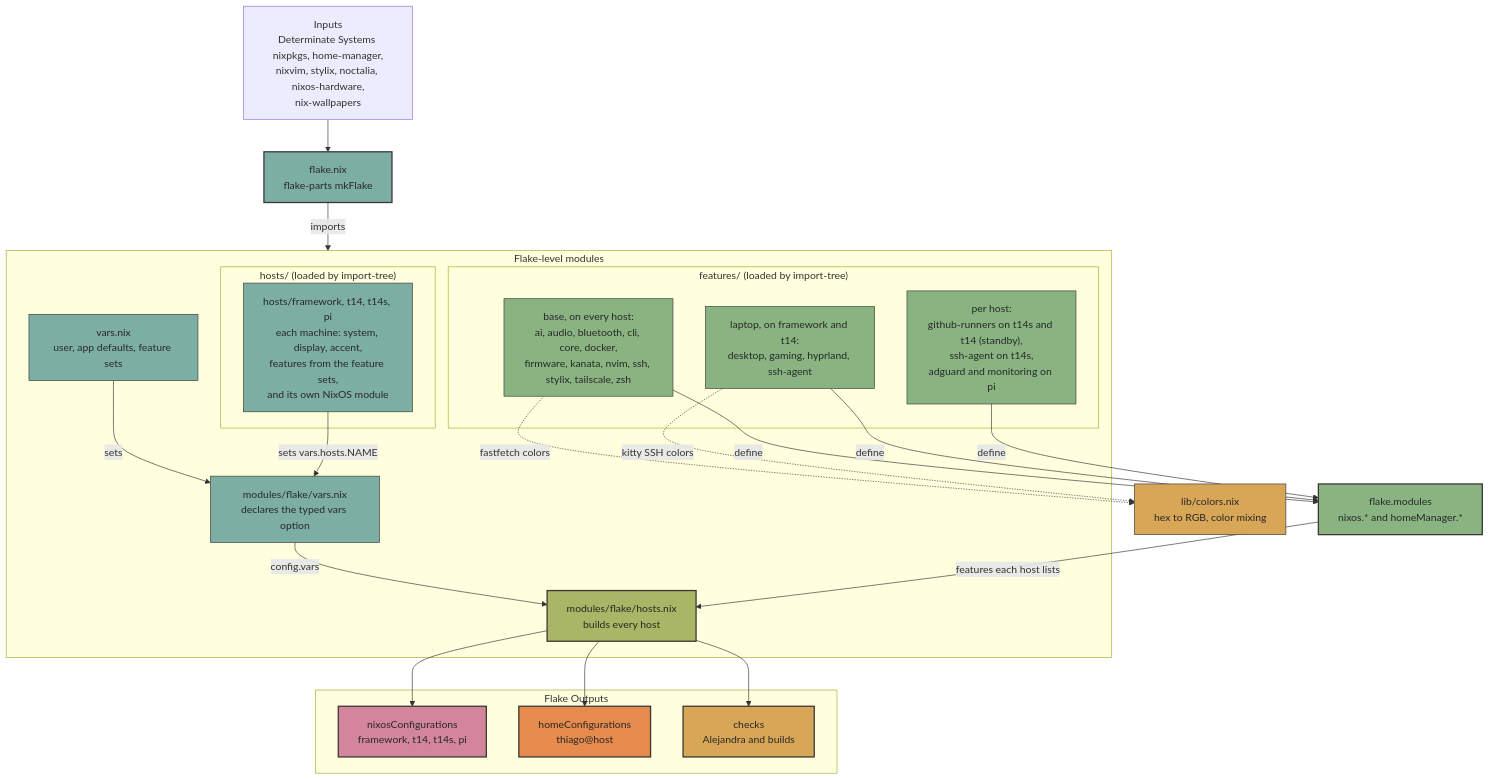
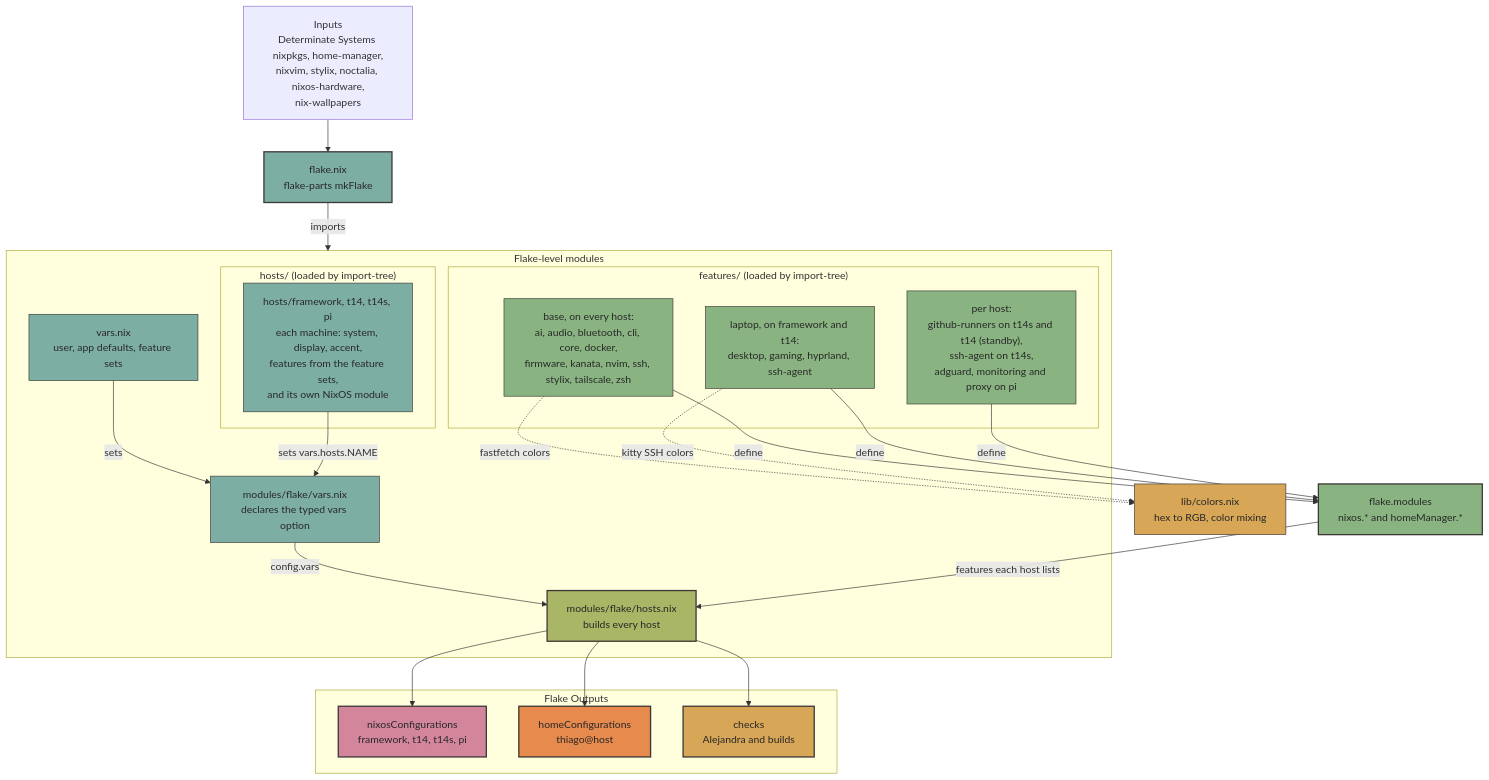
Before and after one commit to thiagokimo/nix-config: the diagram in README.md, drawn with Mermaid. The commit also changed other lines of this file, not shown here.

````diff
--- a/README.md
+++ b/README.md
@@ -84,58 +85,58 @@
 ```mermaid
 graph TD
     Inputs["Inputs<br/>Determinate Systems nixpkgs, home-manager,<br/>nixvim, stylix, noctalia, nixos-hardware,<br/>nix-wallpapers"] --> Flake
     Flake["flake.nix<br/>flake-parts mkFlake"]
 
     subgraph FlakeLevel ["Flake-level modules"]
         VarsOpt["modules/flake/vars.nix<br/>declares the typed vars option"]
         Vars["vars.nix<br/>user, app defaults, feature sets"]
         subgraph Features ["features/ (loaded by import-tree)"]
             BaseF["base, on every host:<br/>ai, audio, bluetooth, cli, core, docker,<br/>firmware, kanata, nvim, ssh, stylix, tailscale, zsh"]
             LaptopF["laptop, on framework and t14:<br/>desktop, gaming, hyprland, ssh-agent"]
-            ServerF["per host:<br/>github-runners on t14s and t14 (standby),<br/>ssh-agent on t14s,<br/>adguard and monitoring on pi"]
+            ServerF["per host:<br/>github-runners on t14s and t14 (standby),<br/>ssh-agent on t14s,<br/>adguard, monitoring and proxy on pi"]
         end
         subgraph Hosts ["hosts/ (loaded by import-tree)"]
             HostFiles["hosts/framework, t14, t14s, pi<br/>each machine: system, display, accent,<br/>features from the feature sets,<br/>and its own NixOS module"]
         end
         HostsMod["modules/flake/hosts.nix<br/>builds every host"]
     end
 
     Flake -->|imports| FlakeLevel
     Vars -->|sets| VarsOpt
     HostFiles -->|sets vars.hosts.NAME| VarsOpt
     BaseF -->|define| FlakeModules
     LaptopF -->|define| FlakeModules
     ServerF -->|define| FlakeModules
     FlakeModules["flake.modules<br/>nixos.* and homeManager.*"]
 
     VarsOpt -->|config.vars| HostsMod
     FlakeModules -->|features each host lists| HostsMod
 
     subgraph Outputs ["Flake Outputs"]
         NixOS["nixosConfigurations<br/>framework, t14, t14s, pi"]
         HomeM["homeConfigurations<br/>thiago@host"]
         Checks["checks<br/>Alejandra and builds"]
     end
 
     HostsMod --> NixOS
     HostsMod --> HomeM
     HostsMod --> Checks
 
     Colors["lib/colors.nix<br/>hex to RGB, color mixing"]
     BaseF -.->|fastfetch colors| Colors
     LaptopF -.->|kitty SSH colors| Colors
 
     style Flake fill:#7daea3,stroke:#3c3836,stroke-width:2px,color:#282828
     style VarsOpt fill:#7daea3,stroke:#3c3836,stroke-width:1px,color:#282828
     style Vars fill:#7daea3,stroke:#3c3836,stroke-width:1px,color:#282828
     style HostFiles fill:#7daea3,stroke:#3c3836,stroke-width:1px,color:#282828
     style BaseF fill:#89b482,stroke:#3c3836,stroke-width:1px,color:#282828
     style LaptopF fill:#89b482,stroke:#3c3836,stroke-width:1px,color:#282828
     style ServerF fill:#89b482,stroke:#3c3836,stroke-width:1px,color:#282828
     style FlakeModules fill:#89b482,stroke:#3c3836,stroke-width:2px,color:#282828
     style HostsMod fill:#a9b665,stroke:#3c3836,stroke-width:2px,color:#282828
     style Colors fill:#d8a657,stroke:#3c3836,stroke-width:1px,color:#282828
     style NixOS fill:#d3869b,stroke:#3c3836,stroke-width:2px,color:#282828
     style HomeM fill:#e78a4e,stroke:#3c3836,stroke-width:2px,color:#282828
     style Checks fill:#d8a657,stroke:#3c3836,stroke-width:2px,color:#282828
 ```
````
